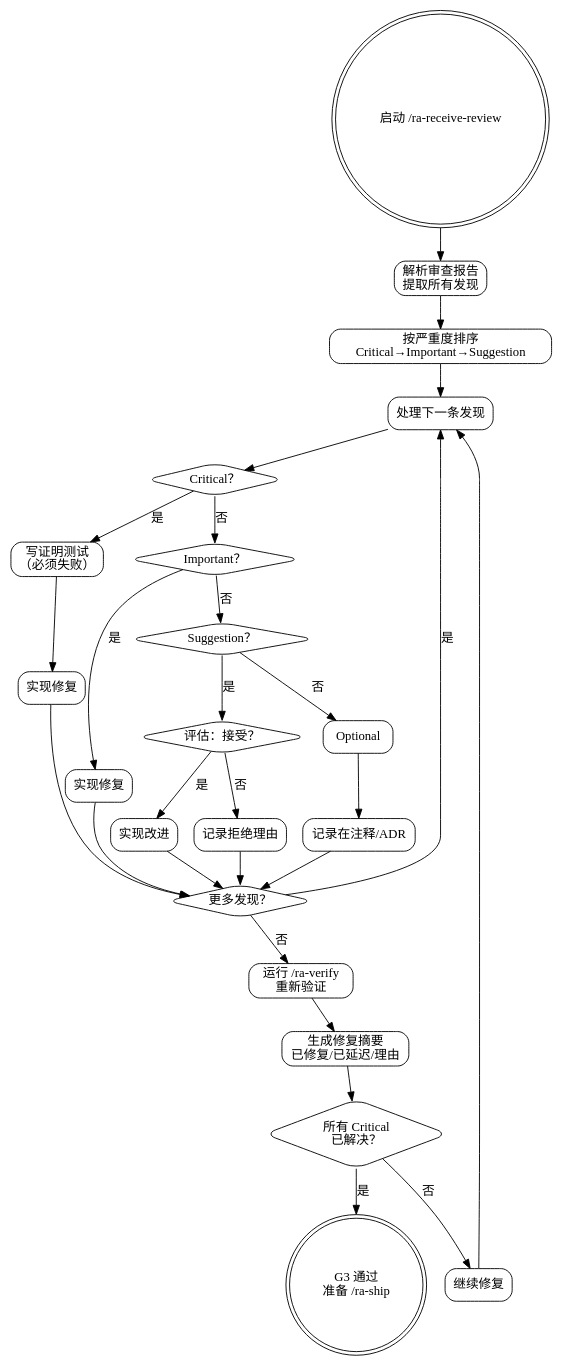
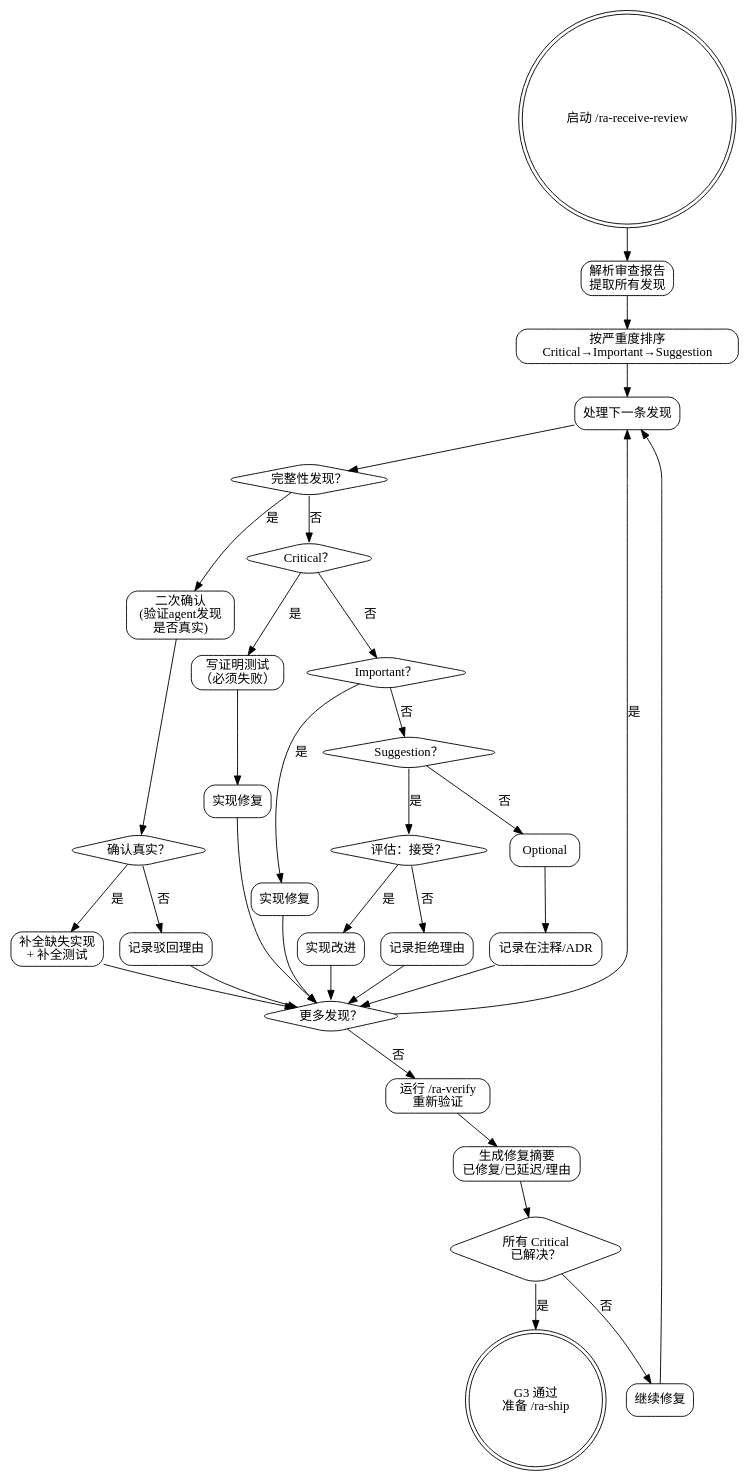
The diagram in skills/ra-receive-review/SKILL.md (sueichen/reliable-agent), drawn with Graphviz before and after one commit. The commit also changed other lines of this file, not shown here.

Commit message:
feat(ra-receive-review): add completeness gap handling with secondary confirmation
新增完整性发现处理分支：
- 二次确认 agent 发现是否真实（读取 plan + 代码独立判断）
- 真实缺口 → 按 TDD 补全缺失实现和测试
- 误报 → 记录驳回理由

DOT 图、HARD-GATE、Common Rationalizations、Red Flags 和
Verification checklist 同步更新。

````diff
--- a/skills/ra-receive-review/SKILL.md
+++ b/skills/ra-receive-review/SKILL.md
@@ -26,55 +26,67 @@
 ```dot
 digraph reliable_receive_review {
     rankdir=TB;
     node [shape=box, style=rounded];
 
     start [label="启动 /ra-receive-review", shape=doublecircle];
     parse [label="解析审查报告\n提取所有发现"];
     sort [label="按严重度排序\nCritical→Important→Suggestion"];
     next [label="处理下一条发现"];
+    is_completeness [label="完整性发现？", shape=diamond];
+    secondary_confirm [label="二次确认\n(验证agent发现\n是否真实)"];
+    confirmed_real [label="确认真实？", shape=diamond];
+    implement_missing [label="补全缺失实现\n+ 补全测试"];
+    dismiss_false [label="记录驳回理由"];
     is_critical [label="Critical？", shape=diamond];
     write_proving_test [label="写证明测试\n（必须失败）"];
     fix_critical [label="实现修复"];
     is_important [label="Important？", shape=diamond];
     fix_important [label="实现修复"];
     is_suggestion [label="Suggestion？", shape=diamond];
     evaluate [label="评估：接受？", shape=diamond];
     implement_suggestion [label="实现改进"];
     document_decline [label="记录拒绝理由"];
     is_optional [label="Optional"];
     document [label="记录在注释/ADR"];
     more [label="更多发现？", shape=diamond];
     re_verify [label="运行 /ra-verify\n重新验证"];
     summary [label="生成修复摘要\n已修复/已延迟/理由"];
     check_gate [label="所有 Critical\n已解决？", shape=diamond];
     done [label="G3 通过\n准备 /ra-ship", shape=doublecircle];
     back_to_fix [label="继续修复"];
 
     start -> parse;
     parse -> sort;
     sort -> next;
-    next -> is_critical;
+    next -> is_completeness;
+    is_completeness -> secondary_confirm [label="是"];
+    is_completeness -> is_critical [label="否"];
+    secondary_confirm -> confirmed_real;
+    confirmed_real -> implement_missing [label="是"];
+    confirmed_real -> dismiss_false [label="否"];
+    implement_missing -> more;
+    dismiss_false -> more;
     is_critical -> write_proving_test [label="是"];
     write_proving_test -> fix_critical;
     fix_critical -> more;
     is_critical -> is_important [label="否"];
     is_important -> fix_important [label="是"];
     fix_important -> more;
     is_important -> is_suggestion [label="否"];
     is_suggestion -> evaluate [label="是"];
     evaluate -> implement_suggestion [label="是"];
     evaluate -> document_decline [label="否"];
     implement_suggestion -> more;
     document_decline -> more;
     is_suggestion -> is_optional [label="否"];
     is_optional -> document;
     document -> more;
     more -> next [label="是"];
     more -> re_verify [label="否"];
     re_verify -> summary;
     summary -> check_gate;
     check_gate -> done [label="是"];
     check_gate -> back_to_fix [label="否"];
     back_to_fix -> next;
 }
 ```
````
